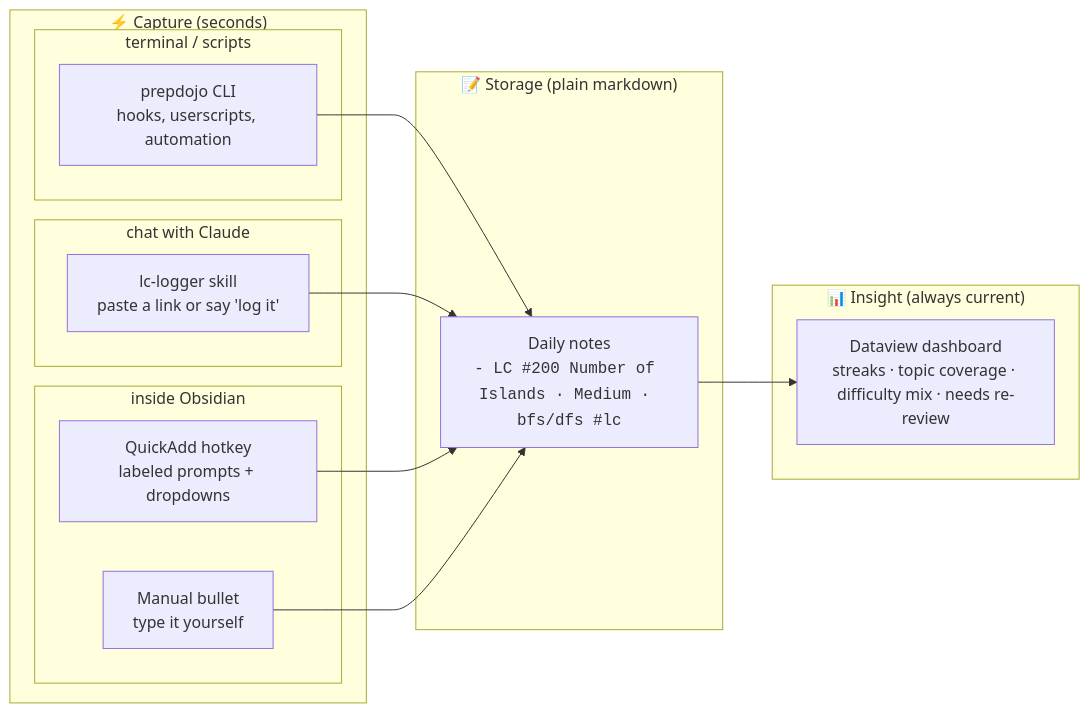
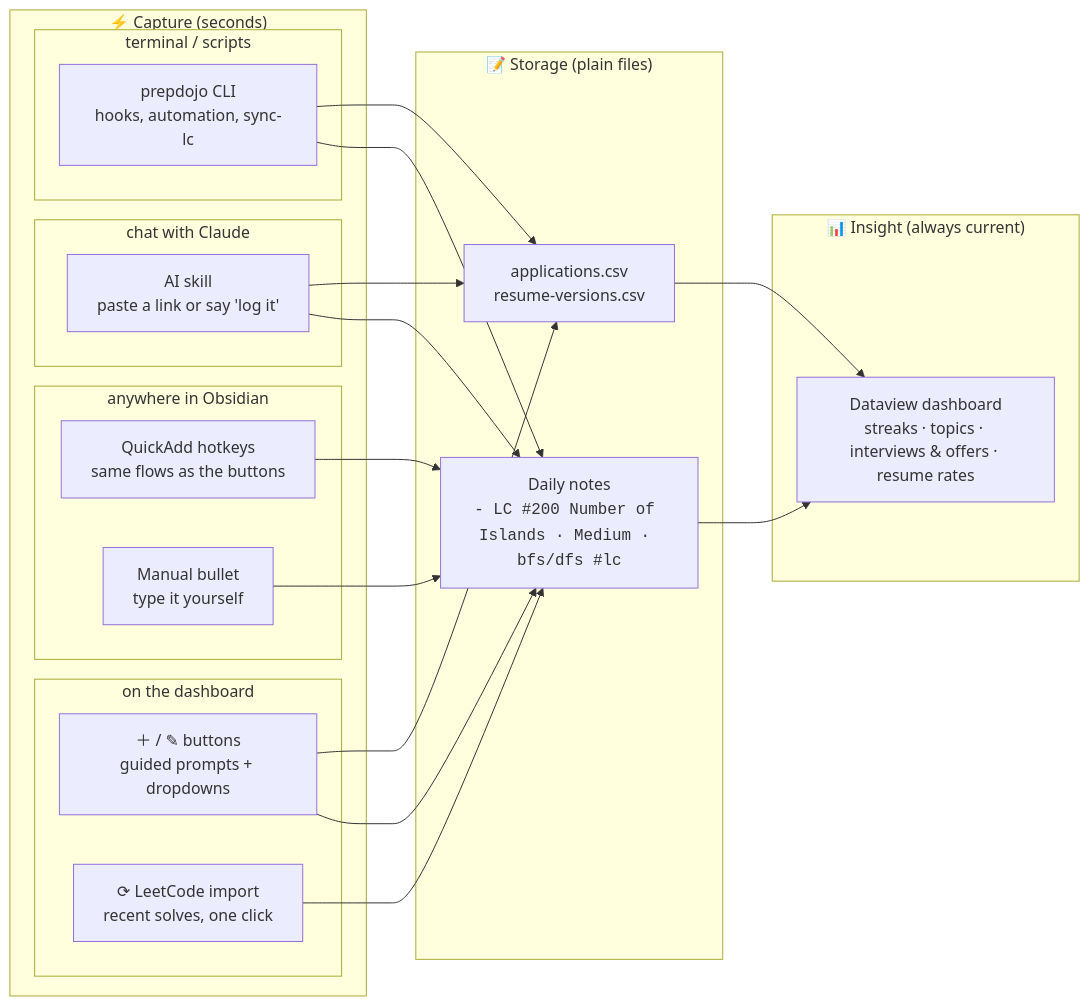
Before and after one commit to aaaxy/PrepDojo: the first of 2 diagrams in README.md, drawn with Mermaid. The commit also changed other lines of this file, not shown here.

Commit message:
README: catch docs up with the product

````diff
--- a/README.md
+++ b/README.md
@@ -147,26 +149,37 @@
 ```mermaid
 flowchart LR
     subgraph capture ["⚡ Capture (seconds)"]
-        subgraph obs ["inside Obsidian"]
-            QA["QuickAdd hotkey<br/>labeled prompts + dropdowns"]
+        subgraph obs ["on the dashboard"]
+            BT["＋ / ✎ buttons<br/>guided prompts + dropdowns"]
+            IMP["⟳ LeetCode import<br/>recent solves, one click"]
+        end
+        subgraph obs2 ["anywhere in Obsidian"]
+            QA["QuickAdd hotkeys<br/>same flows as the buttons"]
             MB["Manual bullet<br/>type it yourself"]
         end
         subgraph cl ["chat with Claude"]
-            CS["lc-logger skill<br/>paste a link or say 'log it'"]
+            CS["AI skill<br/>paste a link or say 'log it'"]
         end
         subgraph term ["terminal / scripts"]
-            CLI["prepdojo CLI<br/>hooks, userscripts, automation"]
+            CLI["prepdojo CLI<br/>hooks, automation, sync-lc"]
         end
     end
-    subgraph storage ["📝 Storage (plain markdown)"]
+    subgraph storage ["📝 Storage (plain files)"]
         DN["Daily notes<br/><code>- LC #200 Number of Islands · Medium · bfs/dfs #lc</code>"]
+        CSV["applications.csv<br/>resume-versions.csv"]
     end
     subgraph insight ["📊 Insight (always current)"]
-        DB["Dataview dashboard<br/>streaks · topic coverage · difficulty mix · needs re-review"]
+        DB["Dataview dashboard<br/>streaks · topics · interviews & offers · resume rates"]
     end
+    BT --> DN
+    IMP --> DN
     QA --> DN
+    MB --> DN
     CS --> DN
-    MB --> DN
     CLI --> DN
+    BT --> CSV
+    CS --> CSV
+    CLI --> CSV
     DN --> DB
+    CSV --> DB
 ```
````
